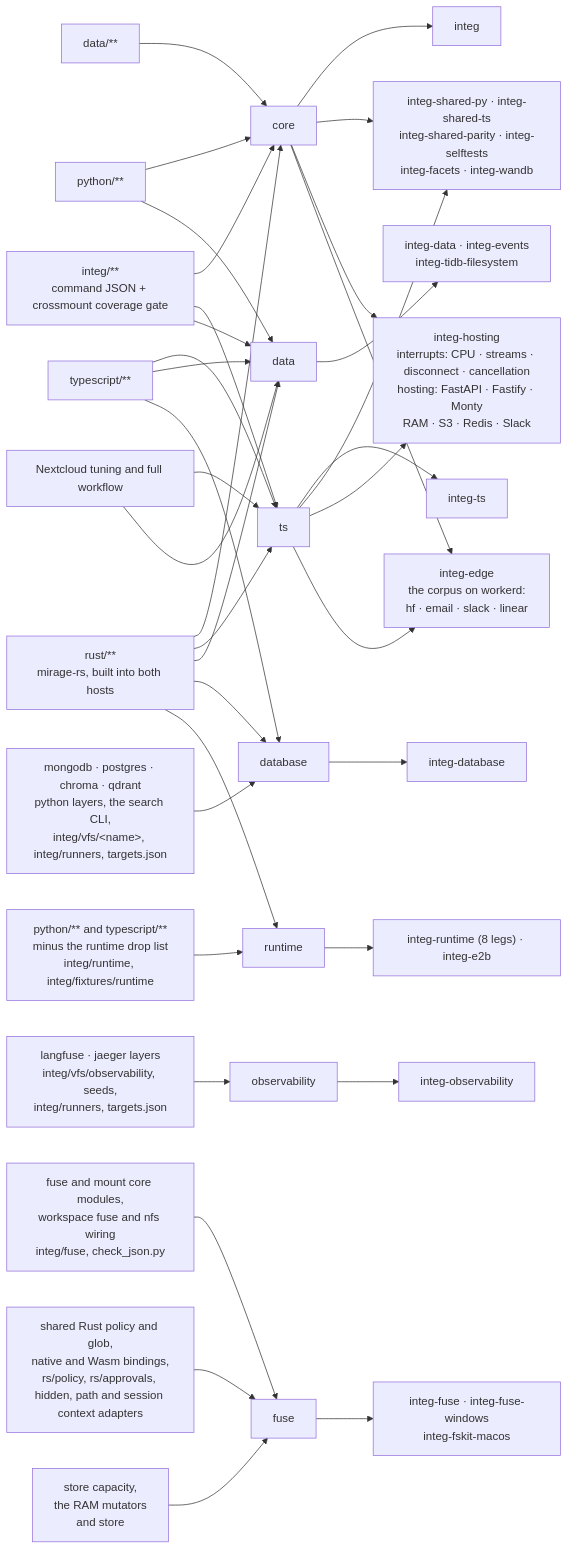
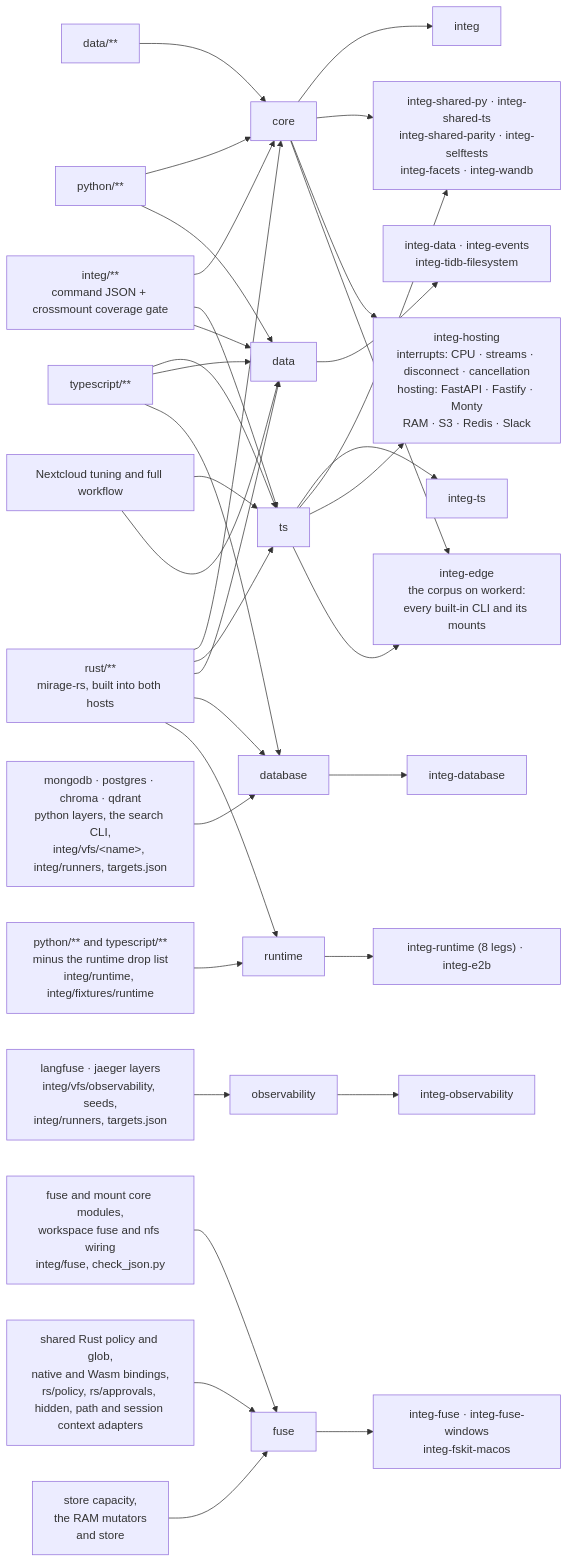
Before and after one commit to strukto-ai/mirage: the diagram in integ/README.md, drawn with Mermaid. The commit also changed other lines of this file and 4 other files, not shown here.

First line of the commit message:
Run every built-in CLI's corpus targets on the edge host

````diff
--- a/integ/README.md
+++ b/integ/README.md
@@ -350,25 +350,25 @@
 ```mermaid
 flowchart LR
     PY["python/**"] --> core & data
     TSX["typescript/**"] --> ts & data & database
     IN["integ/**<br/>command JSON + crossmount coverage gate"] --> core & ts & data
     D["data/**"] --> core
     RS["rust/**<br/>mirage-rs, built into both hosts"] --> core & ts & data & database & runtime
     DB["mongodb · postgres · chroma · qdrant<br/>python layers, the search CLI,<br/>integ/vfs/&lt;name&gt;, integ/runners, targets.json"] --> database
     OB["langfuse · jaeger layers<br/>integ/vfs/observability, seeds,<br/>integ/runners, targets.json"] --> observability
     FS["fuse and mount core modules,<br/>workspace fuse and nfs wiring<br/>integ/fuse, check_json.py"] --> fuse
     FP["shared Rust policy and glob,<br/>native and Wasm bindings,<br/>rs/policy, rs/approvals, hidden, path and session context adapters"] --> fuse
     CA["store capacity,<br/>the RAM mutators<br/>and store"] --> fuse
     RT["python/** and typescript/**<br/>minus the runtime drop list<br/>integ/runtime, integ/fixtures/runtime"] --> runtime
     core --> J1["integ"]
     ts --> J2["integ-ts"]
     core & ts --> J3["integ-shared-py · integ-shared-ts<br/>integ-shared-parity · integ-selftests<br/>integ-facets · integ-wandb"]
     core & ts --> HOST["integ-hosting<br/>interrupts: CPU · streams · disconnect · cancellation<br/>hosting: FastAPI · Fastify · Monty<br/>RAM · S3 · Redis · Slack"]
-    core & ts --> EDGE["integ-edge<br/>the corpus on workerd:<br/>hf · email · slack · linear"]
+    core & ts --> EDGE["integ-edge<br/>the corpus on workerd:<br/>every built-in CLI and its mounts"]
     NC["Nextcloud tuning and full workflow"] --> ts & data
     data --> J4["integ-data · integ-events<br/>integ-tidb-filesystem"]
     database --> J5["integ-database"]
     observability --> J6["integ-observability"]
     fuse --> J7["integ-fuse · integ-fuse-windows<br/>integ-fskit-macos"]
     runtime --> J8["integ-runtime (8 legs) · integ-e2b"]
 ```
````
